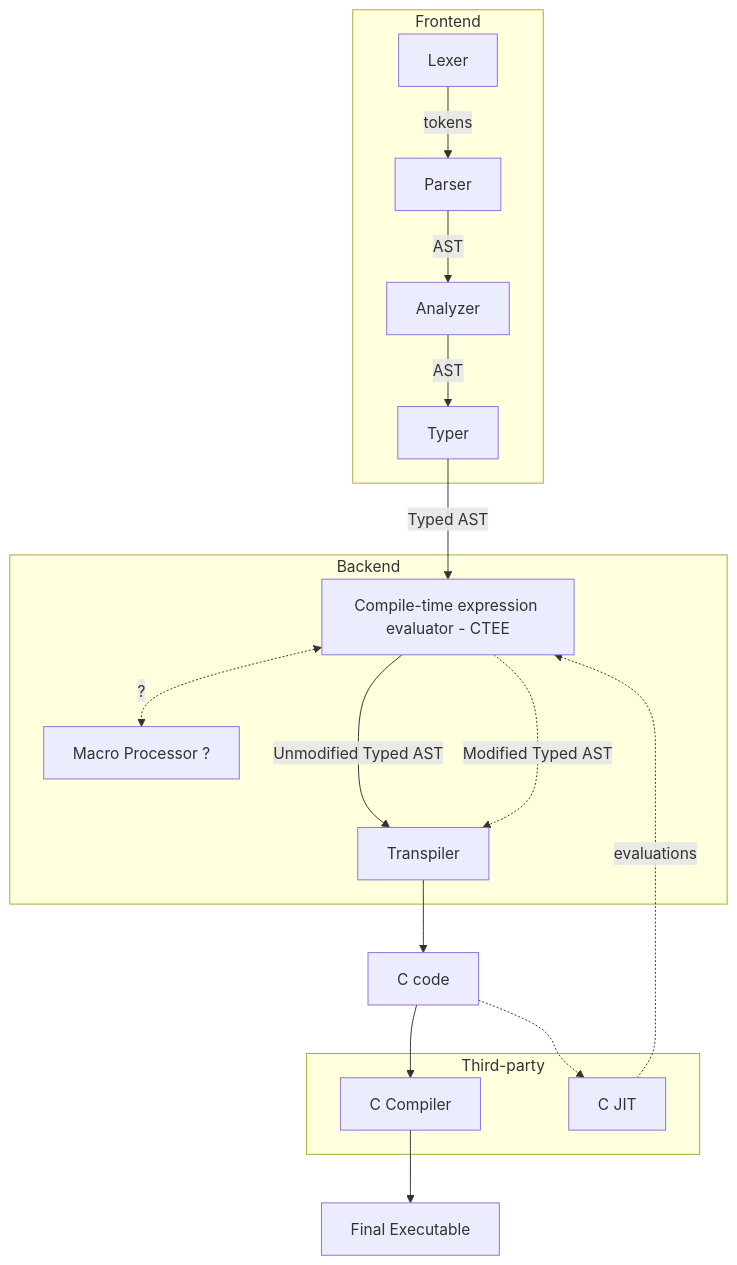
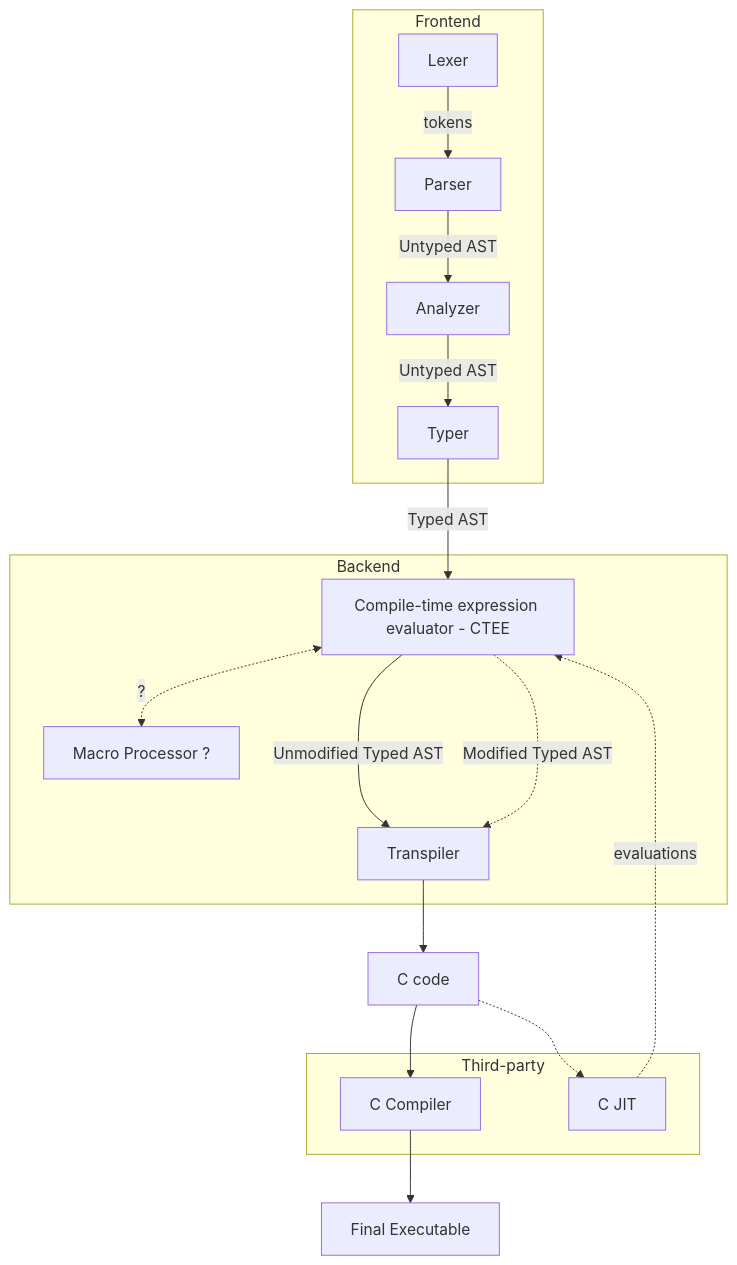
Before and after one commit to kvbc/rylang: the diagram in README.md, drawn with Mermaid.

Commit message:
readme graph

````diff
--- a/README.md
+++ b/README.md
@@ -17,29 +17,29 @@
 ```mermaid
 graph TD
     Lexer --> |tokens| Parser
-    Parser --> |AST| Analyzer
-    Analyzer --> |AST| Typer
+    Parser --> |Untyped AST| Analyzer
+    Analyzer --> |Untyped AST| Typer
     Typer --> |Typed AST| CTEE[Compile-time expression evaluator - CTEE]
     subgraph Frontend
         Lexer & Parser & Analyzer & Typer
     end
 
     CTEE ---> |Unmodified Typed AST| Transpiler
     CTEE .-> |Modified Typed AST| Transpiler
     Transpiler --> C[C code]
     C --> CComp[C Compiler]
 
     C .-> JIT[C JIT]
     JIT .-> |evaluations| CTEE
     CTEE <.-> |?| Macro[Macro Processor ?]
 
     subgraph Third-party
         JIT & CComp
     end
 
     subgraph Backend
         Macro & CTEE & Transpiler
     end
 
     CComp --> EXE[Final Executable]
 ```
````
